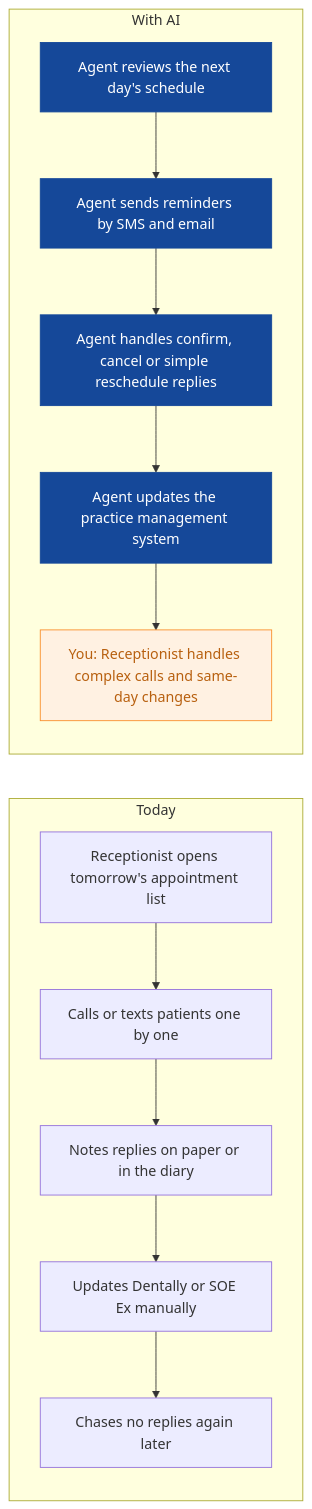
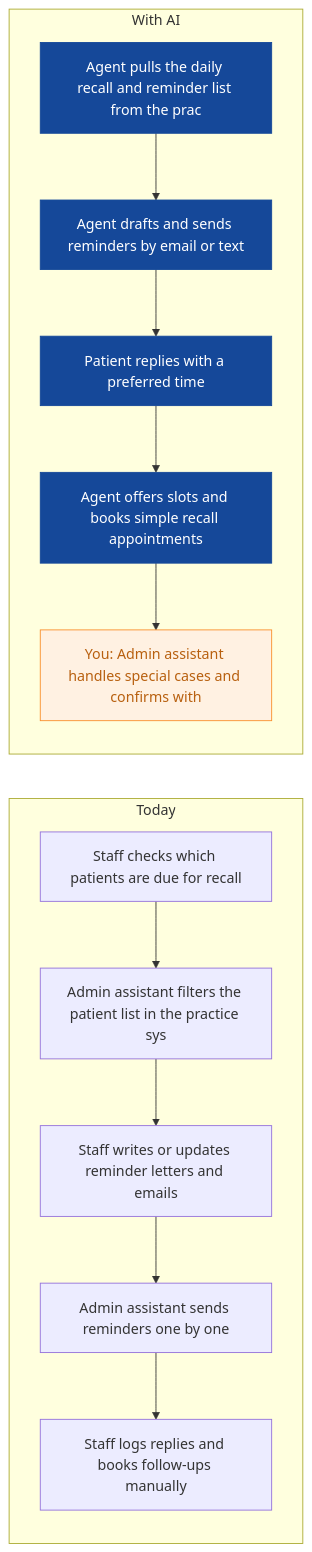
Before and after one commit to nexibeo/Complete-AI-Strategy: the second of 9 diagrams in strategies/maple-sage-dental.md, drawn with Mermaid. The commit also changed other lines of this file and 26 other files, not shown here.

````diff
--- a/strategies/maple-sage-dental.md
+++ b/strategies/maple-sage-dental.md
@@ -47,23 +81,23 @@
 ```mermaid
 flowchart LR
   subgraph Today
-    B0["Receptionist opens tomorrow's appointment list"]
-    B1["Calls or texts patients one by one"]
-    B2["Notes replies on paper or in the diary"]
-    B3["Updates Dentally or SOE Ex manually"]
-    B4["Chases no replies again later"]
+    B0["Staff checks which patients are due for recall"]
+    B1["Admin assistant filters the patient list in the practice sys"]
+    B2["Staff writes or updates reminder letters and emails"]
+    B3["Admin assistant sends reminders one by one"]
+    B4["Staff logs replies and books follow-ups manually"]
     B0 --> B1 --> B2 --> B3 --> B4
   end
   subgraph WithAI[With AI]
-    A0["Agent reviews the next day's schedule"]
-    A1["Agent sends reminders by SMS and email"]
-    A2["Agent handles confirm, cancel or simple reschedule replies"]
-    A3["Agent updates the practice management system"]
-    A4["You: Receptionist handles complex calls and same-day changes"]
+    A0["Agent pulls the daily recall and reminder list from the prac"]
+    A1["Agent drafts and sends reminders by email or text"]
+    A2["Patient replies with a preferred time"]
+    A3["Agent offers slots and books simple recall appointments"]
+    A4["You: Admin assistant handles special cases and confirms with"]
     A0 --> A1 --> A2 --> A3 --> A4
   end
   classDef ai fill:#154899,color:#fff,stroke:#154899
   classDef human fill:#FFF1E2,color:#B8600F,stroke:#F98F2C
   class A0,A1,A2,A3 ai
   class A4 human
 ```
````
